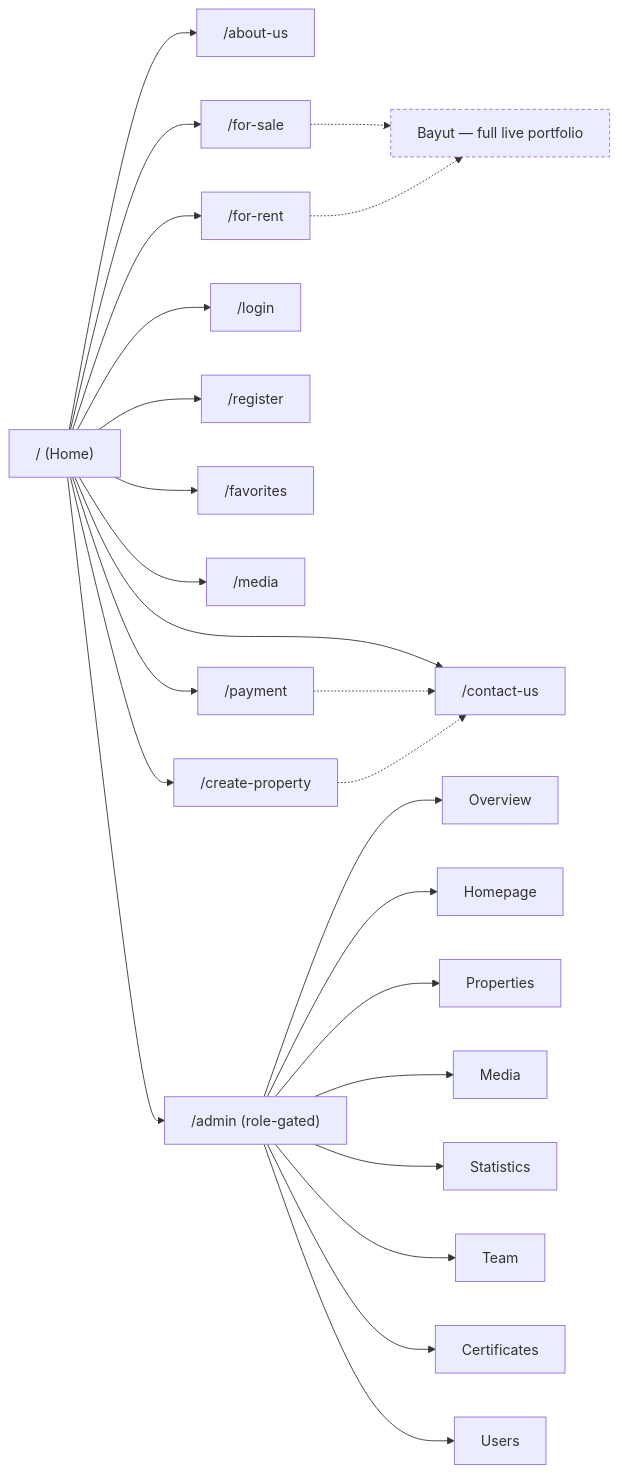
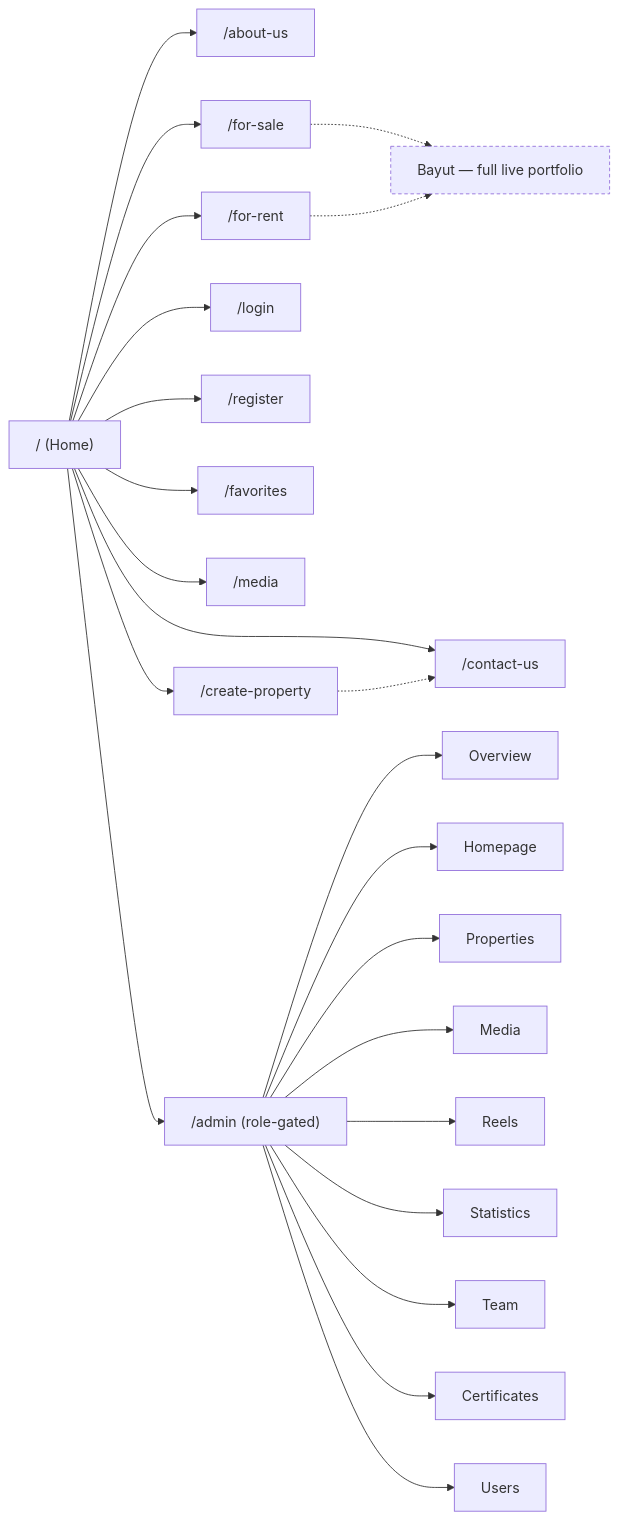
The diagram in README.md (QossayKamel22/Meteorite-Real-estate), drawn with Mermaid before and after one commit. The commit also changed other lines of this file, not shown here.

Commit message:
Update the README for the reels, media, hero and admin changes

````diff
--- a/README.md
+++ b/README.md
@@ -97,30 +100,29 @@
 ```mermaid
 flowchart LR
     Home["/ (Home)"] --> About["/about-us"]
     Home --> ForSale["/for-sale"]
     Home --> ForRent["/for-rent"]
     Home --> Contact["/contact-us"]
     Home --> Login["/login"]
     Home --> Register["/register"]
     Home --> Favorites["/favorites"]
     Home --> Media["/media"]
-    Home --> Payment["/payment"]
     Home --> AddProperty["/create-property"]
     Home --> Admin["/admin (role-gated)"]
 
     ForSale -.-> Bayut["Bayut — full live portfolio"]
     ForRent -.-> Bayut
-    Payment -.-> Contact
     AddProperty -.-> Contact
 
     Admin --> AdminOverview["Overview"]
     Admin --> AdminHomepage["Homepage"]
     Admin --> AdminProperties["Properties"]
     Admin --> AdminMedia["Media"]
+    Admin --> AdminReels["Reels"]
     Admin --> AdminStats["Statistics"]
     Admin --> AdminTeam["Team"]
     Admin --> AdminCerts["Certificates"]
     Admin --> AdminUsers["Users"]
 
     style Bayut stroke-dasharray: 4 3
 ```
````
